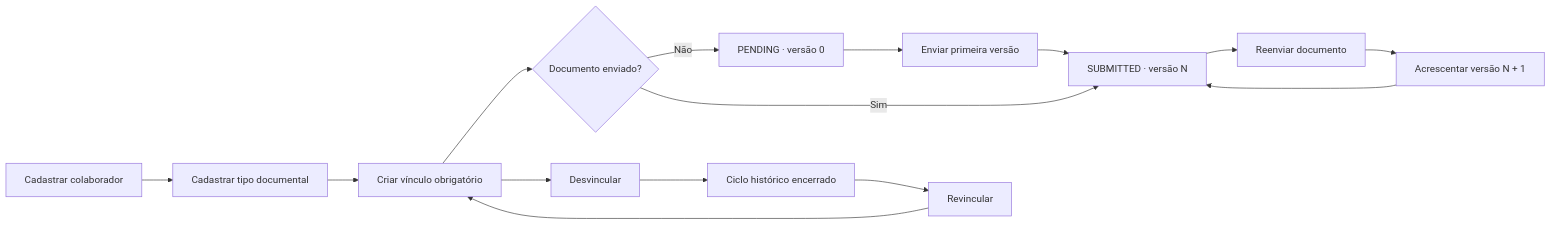
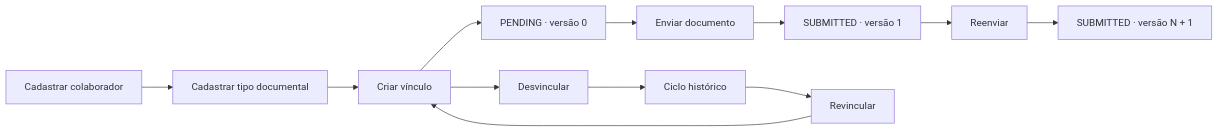
Before and after one commit to this-rafael/collaborator-api: the first of 3 diagrams in README.md, drawn with Mermaid. The commit also changed other lines of this file and 27 other files, not shown here.

Commit message:
docs: add documentation portal with OpenAPI TypeDoc and architecture explorer

````diff
--- a/README.md
+++ b/README.md
@@ -84,17 +68,14 @@
 ```mermaid
 flowchart LR
     A[Cadastrar colaborador] --> B[Cadastrar tipo documental]
-    B --> C[Criar vínculo obrigatório]
-    C --> D{Documento enviado?}
-    D -- Não --> E[PENDING · versão 0]
-    D -- Sim --> F[SUBMITTED · versão N]
-    E --> G[Enviar primeira versão]
-    G --> F
-    F --> H[Reenviar documento]
-    H --> I[Acrescentar versão N + 1]
-    I --> F
-    C --> J[Desvincular]
-    J --> K[Ciclo histórico encerrado]
-    K --> L[Revincular]
-    L --> C
+    B --> C[Criar vínculo]
+    C --> D[PENDING · versão 0]
+    D --> E[Enviar documento]
+    E --> F[SUBMITTED · versão 1]
+    F --> G[Reenviar]
+    G --> H[SUBMITTED · versão N + 1]
+    C --> I[Desvincular]
+    I --> J[Ciclo histórico]
+    J --> K[Revincular]
+    K --> C
 ```
````
